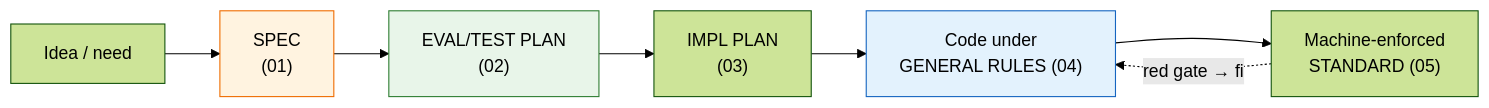
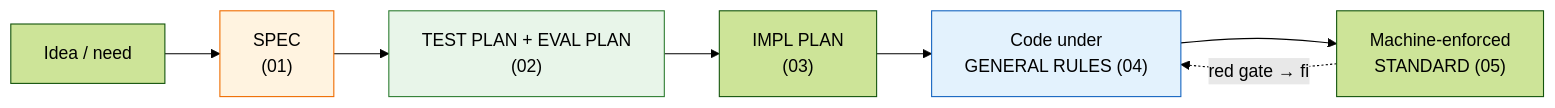
The diagram in methodology/00_Tool Development Playbook.md (anatoly-m-maslennikov/dset-specs-loops-framework), drawn with Mermaid (forest theme) before and after one commit. The commit also changed other lines of this file and 48 other files, not shown here.

````diff
--- a/methodology/00_Tool Development Playbook.md
+++ b/methodology/00_Tool Development Playbook.md
@@ -7,12 +7,12 @@
 ```mermaid
 graph LR
     IDEA["Idea / need"] --> SPEC["SPEC<br/>(01)"]
-    SPEC --> ATP["EVAL/TEST PLAN<br/>(02)"]
+    SPEC --> ATP["TEST PLAN + EVAL PLAN<br/>(02)"]
     ATP --> IMPL["IMPL PLAN<br/>(03)"]
     IMPL --> CODE["Code under<br/>GENERAL RULES (04)"]
     CODE --> GATES["Machine-enforced<br/>STANDARD (05)"]
     GATES -.red gate → fix.-> CODE
     style SPEC fill:#fff3e0,stroke:#ef6c00
     style ATP fill:#e8f5e9,stroke:#2e7d32
     style CODE fill:#e3f2fd,stroke:#1565c0
 ```
````
